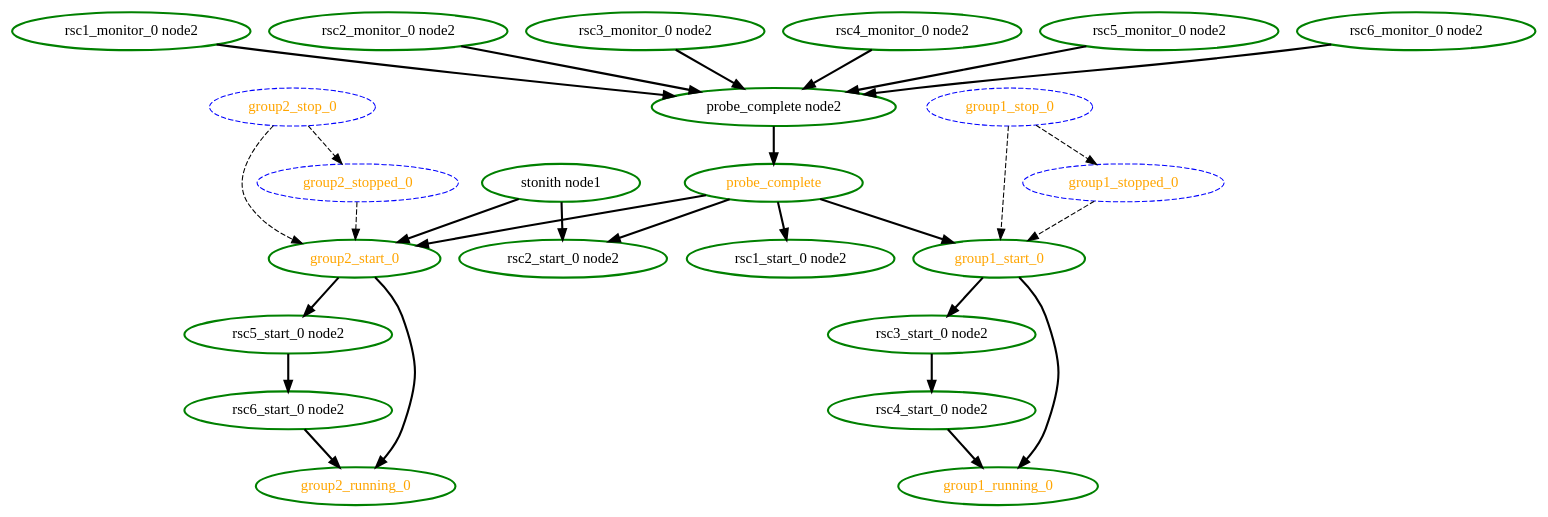
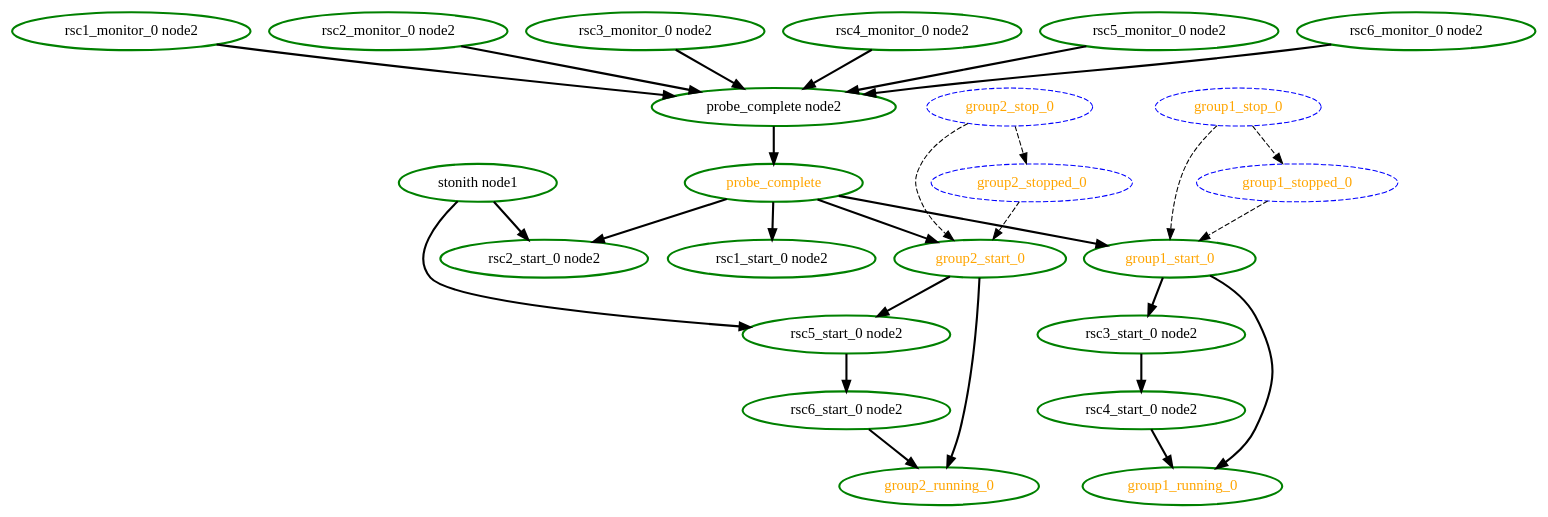
The diagram in crm/pengine/testcases/rec-node-2.dot (richiewen8/heartbeat), drawn with Graphviz before and after one commit. The commit also changed 4 other files, not shown here.

```diff
--- a/crm/pengine/testcases/rec-node-2.dot
+++ b/crm/pengine/testcases/rec-node-2.dot
@@ -1,53 +1,53 @@
 digraph "g" {
 	size = "30,30"
 "probe_complete" [ style=bold color="green" fontcolor="orange" ]
 "probe_complete node2" [ style=bold color="green" fontcolor="black" ]
 "rsc1_monitor_0 node2" [ style=bold color="green" fontcolor="black" ]
 "rsc2_monitor_0 node2" [ style=bold color="green" fontcolor="black" ]
 "rsc3_monitor_0 node2" [ style=bold color="green" fontcolor="black" ]
 "rsc4_monitor_0 node2" [ style=bold color="green" fontcolor="black" ]
 "rsc5_monitor_0 node2" [ style=bold color="green" fontcolor="black" ]
 "rsc6_monitor_0 node2" [ style=bold color="green" fontcolor="black" ]
 "rsc1_start_0 node2" [ style=bold color="green" fontcolor="black" ]
 "rsc2_start_0 node2" [ style=bold color="green" fontcolor="black" ]
 "rsc3_start_0 node2" [ style=bold color="green" fontcolor="black" ]
 "rsc4_start_0 node2" [ style=bold color="green" fontcolor="black" ]
 "group1_start_0" [ style=bold color="green" fontcolor="orange" ]
 "group1_running_0" [ style=bold color="green" fontcolor="orange" ]
 "group1_stop_0" [ style="dashed" color="blue" fontcolor="orange" ]
 "group1_stopped_0" [ style="dashed" color="blue" fontcolor="orange" ]
 "rsc5_start_0 node2" [ style=bold color="green" fontcolor="black" ]
 "rsc6_start_0 node2" [ style=bold color="green" fontcolor="black" ]
 "group2_start_0" [ style=bold color="green" fontcolor="orange" ]
 "group2_running_0" [ style=bold color="green" fontcolor="orange" ]
 "group2_stop_0" [ style="dashed" color="blue" fontcolor="orange" ]
 "group2_stopped_0" [ style="dashed" color="blue" fontcolor="orange" ]
 "stonith node1" [ style=bold color="green" fontcolor="black" ]
 "probe_complete node2" -> "probe_complete" [ style = bold]
 "rsc1_monitor_0 node2" -> "probe_complete node2" [ style = bold]
 "rsc2_monitor_0 node2" -> "probe_complete node2" [ style = bold]
 "rsc3_monitor_0 node2" -> "probe_complete node2" [ style = bold]
 "rsc4_monitor_0 node2" -> "probe_complete node2" [ style = bold]
 "rsc5_monitor_0 node2" -> "probe_complete node2" [ style = bold]
 "rsc6_monitor_0 node2" -> "probe_complete node2" [ style = bold]
 "probe_complete" -> "rsc1_start_0 node2" [ style = bold]
 "probe_complete" -> "rsc2_start_0 node2" [ style = bold]
 "stonith node1" -> "rsc2_start_0 node2" [ style = bold]
 "group1_start_0" -> "rsc3_start_0 node2" [ style = bold]
 "rsc3_start_0 node2" -> "rsc4_start_0 node2" [ style = bold]
 "probe_complete" -> "group1_start_0" [ style = bold]
 "group1_stop_0" -> "group1_start_0" [ style = dashed]
 "group1_stopped_0" -> "group1_start_0" [ style = dashed]
 "rsc4_start_0 node2" -> "group1_running_0" [ style = bold]
 "group1_start_0" -> "group1_running_0" [ style = bold]
 "group1_stop_0" -> "group1_stopped_0" [ style = dashed]
 "group2_start_0" -> "rsc5_start_0 node2" [ style = bold]
+"stonith node1" -> "rsc5_start_0 node2" [ style = bold]
 "rsc5_start_0 node2" -> "rsc6_start_0 node2" [ style = bold]
 "probe_complete" -> "group2_start_0" [ style = bold]
 "group2_stop_0" -> "group2_start_0" [ style = dashed]
 "group2_stopped_0" -> "group2_start_0" [ style = dashed]
-"stonith node1" -> "group2_start_0" [ style = bold]
 "rsc6_start_0 node2" -> "group2_running_0" [ style = bold]
 "group2_start_0" -> "group2_running_0" [ style = bold]
 "group2_stop_0" -> "group2_stopped_0" [ style = dashed]
 }
```
